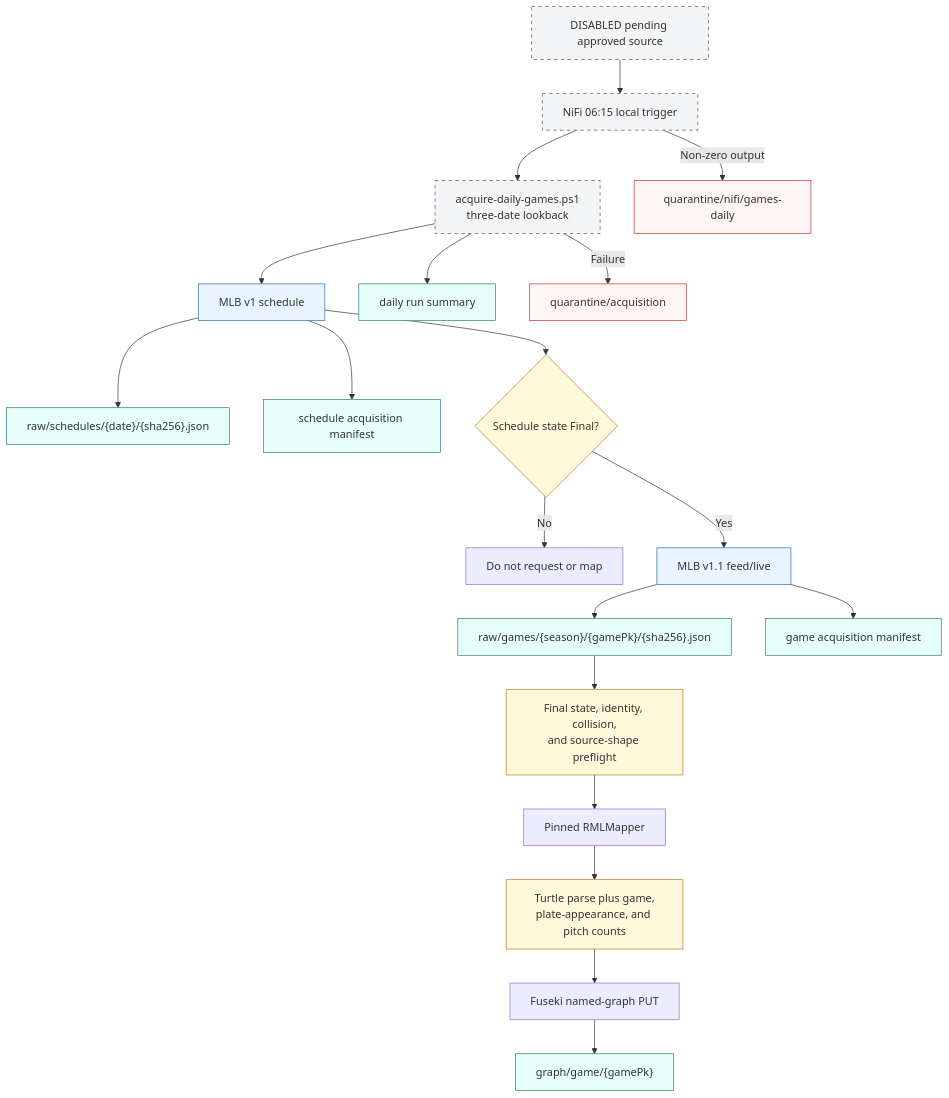
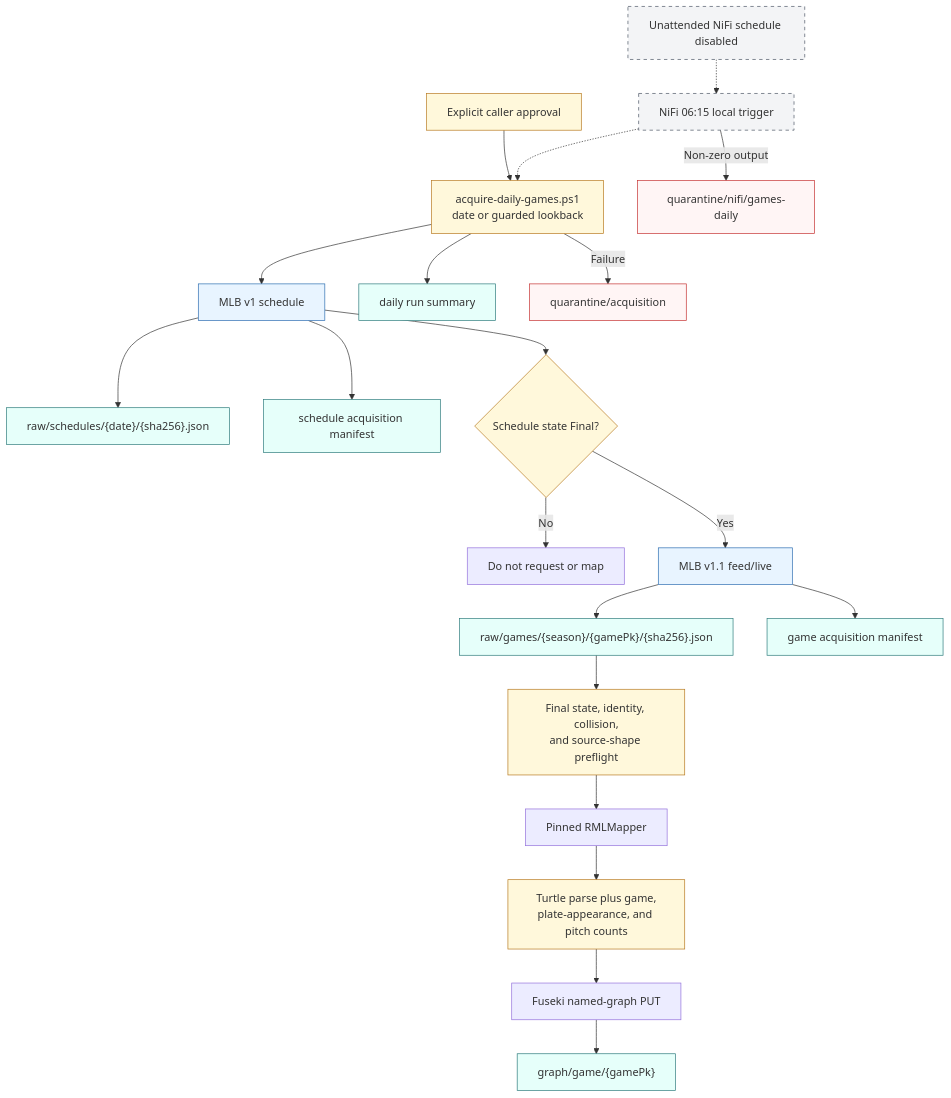
The diagram in Baseball/mermaid/07-daily-game-acquisition.md (CarterBeauBenson/BaseballO), drawn with Mermaid before and after one commit. The commit also changed other lines of this file and 461 other files, not shown here.

````diff
--- a/Baseball/mermaid/07-daily-game-acquisition.md
+++ b/Baseball/mermaid/07-daily-game-acquisition.md
@@ -5,32 +7,34 @@
 ```mermaid
 flowchart TB
-    PARKED["DISABLED pending approved source"] --> NIFI["NiFi 06:15 local trigger"]
-    NIFI --> CMD["acquire-daily-games.ps1<br/>three-date lookback"]
+    APPROVAL["Explicit caller approval"] --> CMD["acquire-daily-games.ps1<br/>date or guarded lookback"]
+    PARKED["Unattended NiFi schedule disabled"] -.-> NIFI["NiFi 06:15 local trigger"]
+    NIFI -.-> CMD
     CMD --> SCHED["MLB v1 schedule"]
     SCHED --> SRAW["raw/schedules/{date}/{sha256}.json"]
     SCHED --> SMAN["schedule acquisition manifest"]
     SCHED --> FINAL{"Schedule state Final?"}
     FINAL -->|No| SKIP["Do not request or map"]
     FINAL -->|Yes| FEED["MLB v1.1 feed/live"]
     FEED --> GRAW["raw/games/{season}/{gamePk}/{sha256}.json"]
     FEED --> GMAN["game acquisition manifest"]
     GRAW --> PREFLIGHT["Final state, identity, collision,<br/>and source-shape preflight"]
     PREFLIGHT --> RML["Pinned RMLMapper"]
     RML --> VALIDATE["Turtle parse plus game,<br/>plate-appearance, and pitch counts"]
     VALIDATE --> PUT["Fuseki named-graph PUT"]
     PUT --> GRAPH["graph/game/{gamePk}"]
     CMD --> RUN["daily run summary"]
     CMD -->|Failure| Q["quarantine/acquisition"]
     NIFI -->|Non-zero output| NQ["quarantine/nifi/games-daily"]
 
     classDef source fill:#e8f4ff,stroke:#2b6cb0;
     classDef guard fill:#fff8db,stroke:#b7791f;
     classDef storage fill:#e6fffa,stroke:#2c7a7b;
     classDef failure fill:#fff5f5,stroke:#c53030;
     classDef parked fill:#f3f4f6,stroke:#4b5563,stroke-dasharray: 5 5;
     class SCHED,FEED source;
     class FINAL,PREFLIGHT,VALIDATE guard;
     class SRAW,SMAN,GRAW,GMAN,RUN,GRAPH storage;
     class Q,NQ failure;
-    class PARKED,NIFI,CMD parked;
+    class PARKED,NIFI parked;
+    class APPROVAL,CMD guard;
 ```
````
